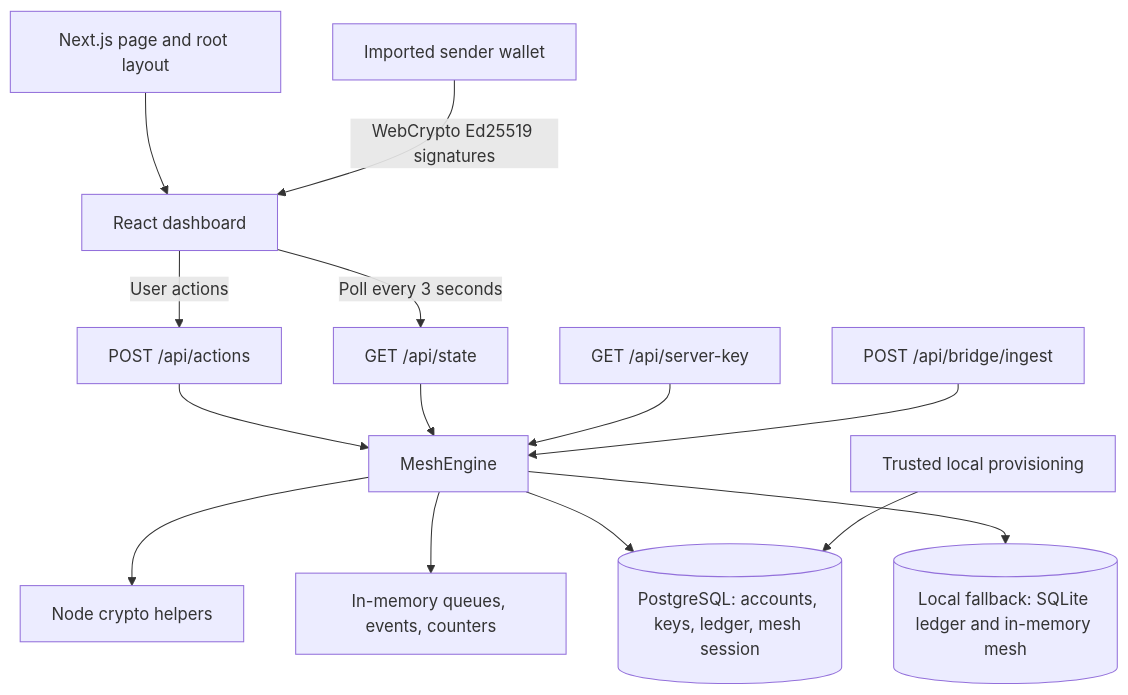
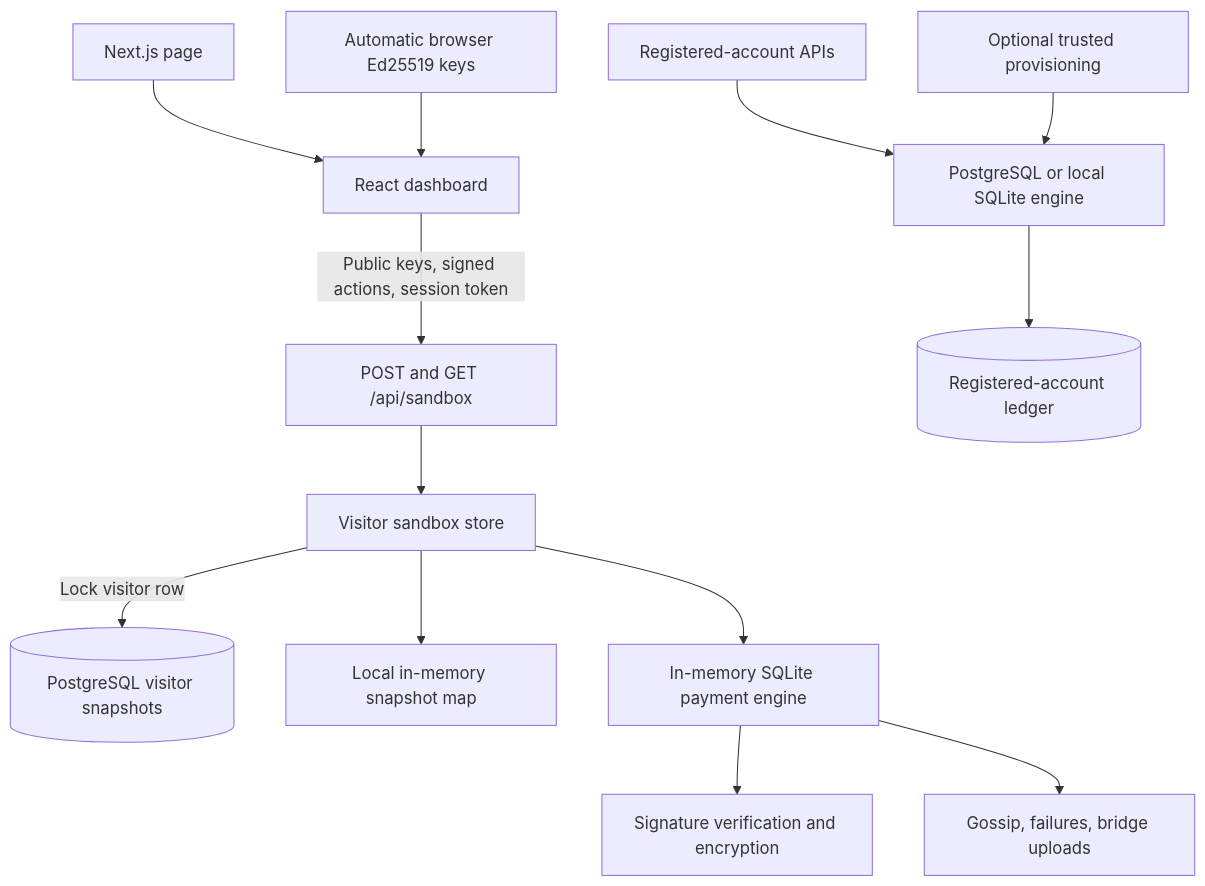
One commit to naman777/meshpay changed the first of 3 diagrams in README.md. Above: the diagram before and after it, drawn with Mermaid. The commit also changed other lines of this file and 1 other file, not shown here.

Commit message:
docs: explain instant demos and visitor signing boundaries

````diff
--- a/README.md
+++ b/README.md
@@ -152,16 +161,15 @@
 ```mermaid
 flowchart TD
-    Page[Next.js page and root layout] --> Browser[React dashboard]
-    Browser -->|User actions| Actions[POST /api/actions]
-    Browser -->|Poll every 3 seconds| State[GET /api/state]
-    Actions --> Engine[MeshEngine]
-    State --> Engine
-    Key[GET /api/server-key] --> Engine
-    Ingest[POST /api/bridge/ingest] --> Engine
-    Engine --> Crypto[Node crypto helpers]
-    Engine --> Memory[In-memory queues, events, counters]
-    Engine --> DB[(PostgreSQL: accounts, keys, ledger, mesh session)]
-    Engine --> Local[(Local fallback: SQLite ledger and in-memory mesh)]
-    Wallet[Imported sender wallet] -->|WebCrypto Ed25519 signatures| Browser
-    CLI[Trusted local provisioning] --> DB
+    Page[Next.js page] --> Browser[React dashboard]
+    Wallet[Automatic browser Ed25519 keys] --> Browser
+    Browser -->|Public keys, signed actions, session token| API[POST and GET /api/sandbox]
+    API --> Store[Visitor sandbox store]
+    Store -->|Lock visitor row| Visitors[(PostgreSQL visitor snapshots)]
+    Store --> LocalVisitor[Local in-memory snapshot map]
+    Store --> Engine[In-memory SQLite payment engine]
+    Engine --> Crypto[Signature verification and encryption]
+    Engine --> Network[Gossip, failures, bridge uploads]
+    Developer[Registered-account APIs] --> Legacy[PostgreSQL or local SQLite engine]
+    CLI[Optional trusted provisioning] --> Legacy
+    Legacy --> Ledger[(Registered-account ledger)]
 ```
````
